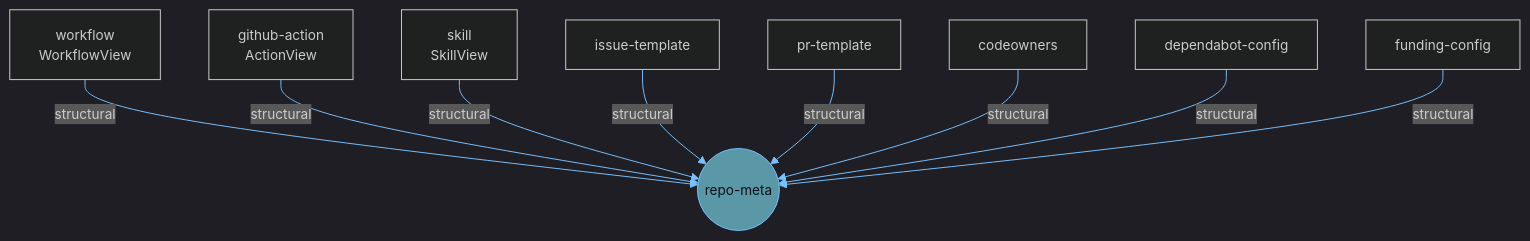
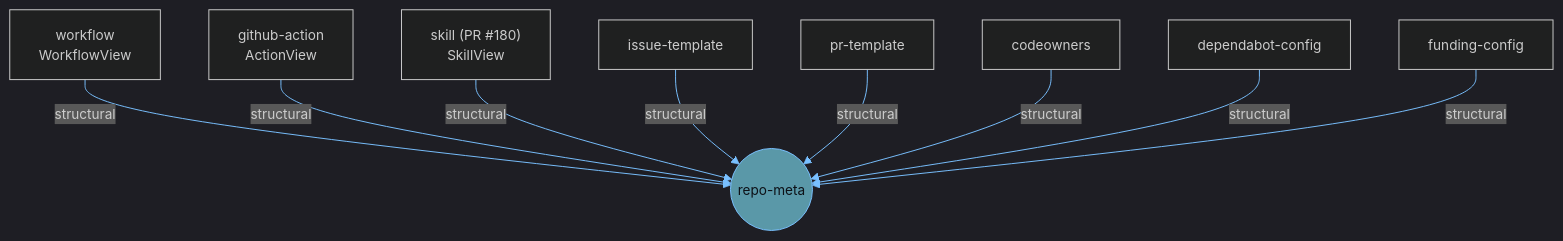
One commit to anokye-labs/kbexplorer-template changed the diagram in content/structural-nodes.md. Above: the diagram before and after it, drawn with Mermaid. The commit also changed other lines of this file and 2 other files, not shown here.

First line of the commit message:
docs: address review — mark skill as PR #180, fix NodeSource union claim

````diff
--- a/content/structural-nodes.md
+++ b/content/structural-nodes.md
@@ -54,14 +56,14 @@
 ```mermaid
 %%{init: {'theme':'dark', 'themeVariables': {'primaryColor':'#1f2a37','primaryTextColor':'#e6edf3','primaryBorderColor':'#5A98A8','lineColor':'#79c0ff','fontSize':'14px'}}}%%
 flowchart TD
   R(("repo-meta")):::repo
   WF["workflow<br/>WorkflowView"] -- structural --> R
   AC["github-action<br/>ActionView"] -- structural --> R
-  SK["skill<br/>SkillView"] -- structural --> R
+  SK["skill (PR #180)<br/>SkillView"] -- structural --> R
   IT["issue-template"] -- structural --> R
   PR["pr-template"] -- structural --> R
   CO["codeowners"] -- structural --> R
   DB["dependabot-config"] -- structural --> R
   FU["funding-config"] -- structural --> R
   classDef repo fill:#5A98A8,stroke:#79c0ff,color:#0d1117;
 ```
````
